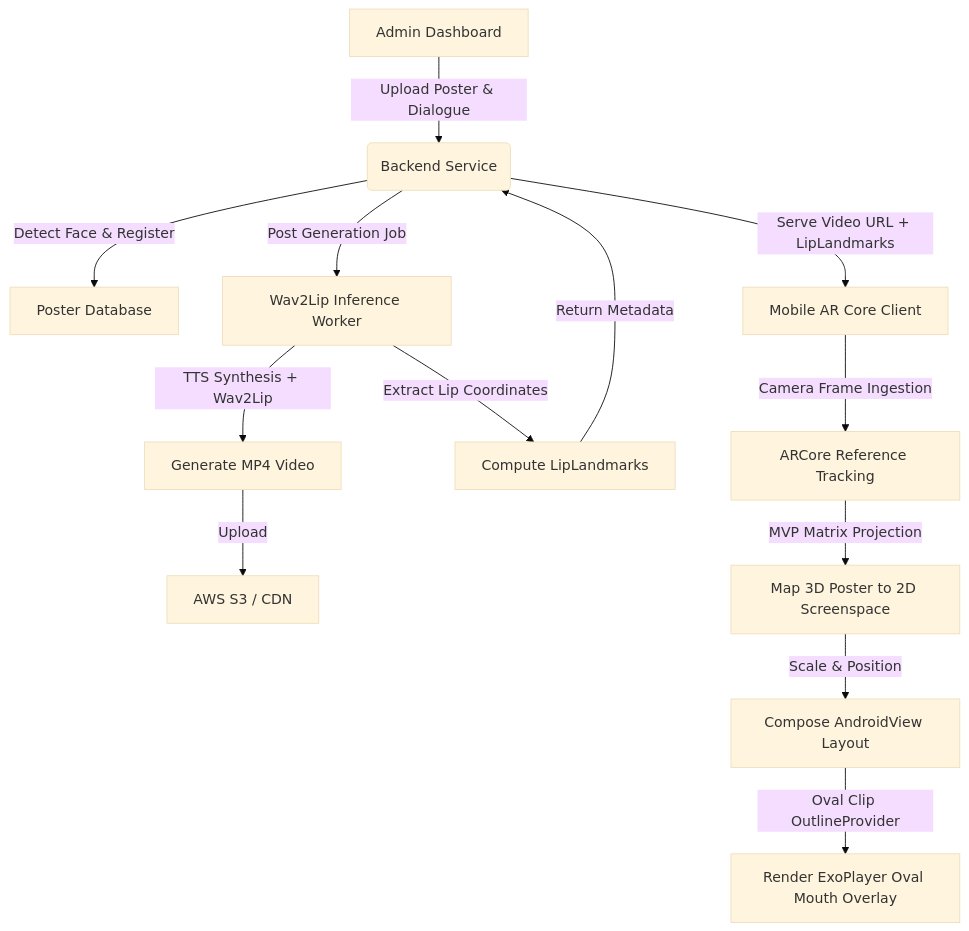
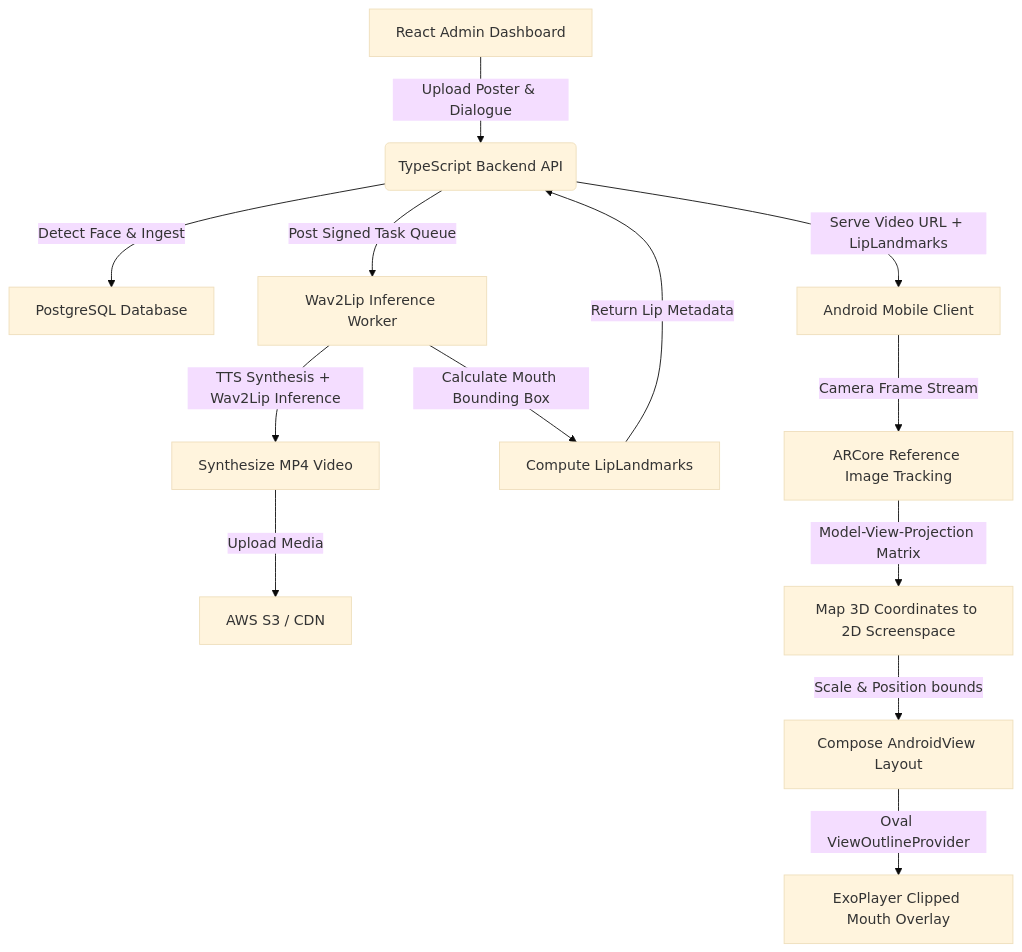
Before and after one commit to ajitreddy013/TalkAR: the diagram in README.md, drawn with Mermaid (base theme). The commit also changed other lines of this file, not shown here.

````diff
--- a/README.md
+++ b/README.md
@@ -224,15 +21,15 @@
 ```mermaid
 graph TD
-    A[Admin Dashboard] -->|Upload Poster & Dialogue| B(Backend Service)
-    B -->|Detect Face & Register| C[Poster Database]
-    B -->|Post Generation Job| D[Wav2Lip Inference Worker]
-    D -->|TTS Synthesis + Wav2Lip| E[Generate MP4 Video]
-    D -->|Extract Lip Coordinates| F[Compute LipLandmarks]
-    E -->|Upload| G[AWS S3 / CDN]
-    F -->|Return Metadata| B
-    B -->|Serve Video URL + LipLandmarks| H[Mobile AR Core Client]
-    H -->|Camera Frame Ingestion| I[ARCore Reference Tracking]
-    I -->|MVP Matrix Projection| J[Map 3D Poster to 2D Screenspace]
-    J -->|Scale & Position| K[Compose AndroidView Layout]
-    K -->|Oval Clip OutlineProvider| L[Render ExoPlayer Oval Mouth Overlay]
+    A[React Admin Dashboard] -->|Upload Poster & Dialogue| B(TypeScript Backend API)
+    B -->|Detect Face & Ingest| C[PostgreSQL Database]
+    B -->|Post Signed Task Queue| D[Wav2Lip Inference Worker]
+    D -->|TTS Synthesis + Wav2Lip Inference| E[Synthesize MP4 Video]
+    D -->|Calculate Mouth Bounding Box| F[Compute LipLandmarks]
+    E -->|Upload Media| G[AWS S3 / CDN]
+    F -->|Return Lip Metadata| B
+    B -->|Serve Video URL + LipLandmarks| H[Android Mobile Client]
+    H -->|Camera Frame Stream| I[ARCore Reference Image Tracking]
+    I -->|Model-View-Projection Matrix| J[Map 3D Coordinates to 2D Screenspace]
+    J -->|Scale & Position bounds| K[Compose AndroidView Layout]
+    K -->|Oval ViewOutlineProvider| L[ExoPlayer Clipped Mouth Overlay]
 ```
````
